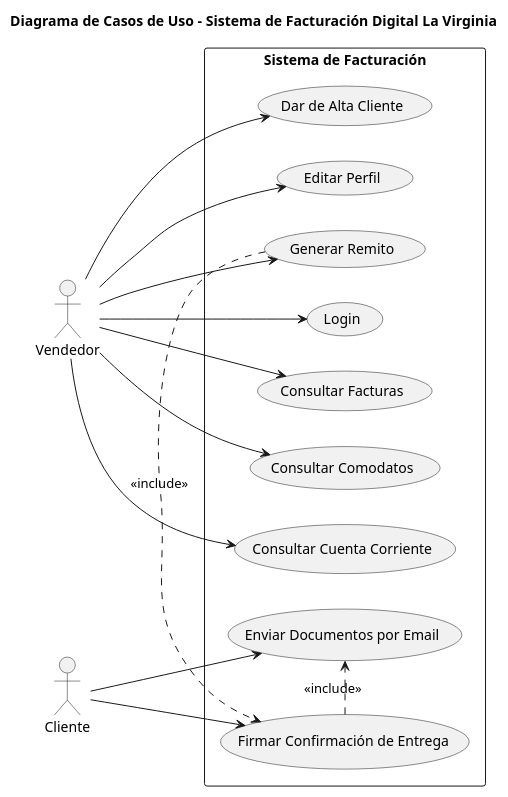
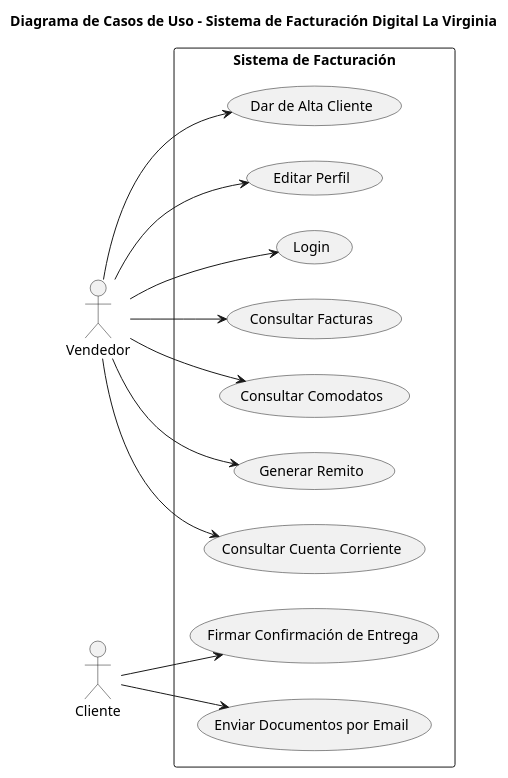
The diagram in diagramas/casos-de-uso.puml (35584674-source/Proyecto_lv_dw), drawn with PlantUML before and after one commit.

Commit message:
Quito relaciones include incorrectas del diagrama de casos de uso

```diff
--- a/diagramas/casos-de-uso.puml
+++ b/diagramas/casos-de-uso.puml
@@ -1,38 +1,37 @@
 @startuml
 title Diagrama de Casos de Uso - Sistema de Facturación Digital La Virginia
 
 left to right direction
 
 ' --- Actores ---
 actor "Vendedor" as A1
 actor "Cliente" as A2
 
 ' --- Sistema ---
 rectangle "Sistema de Facturación" {
   usecase "Login" as UC1
   usecase "Consultar Facturas" as UC2
   usecase "Consultar Comodatos" as UC3
   usecase "Generar Remito" as UC4
   usecase "Firmar Confirmación de Entrega" as UC5
   usecase "Consultar Cuenta Corriente" as UC6
   usecase "Dar de Alta Cliente" as UC7
   usecase "Editar Perfil" as UC8
   usecase "Enviar Documentos por Email" as UC9
 }
 
 ' --- Relaciones actor-caso de uso ---
 A1 --> UC1
 A1 --> UC2
 A1 --> UC3
 A1 --> UC4
 A1 --> UC6
 A1 --> UC7
 A1 --> UC8
 A2 --> UC5
 A2 --> UC9
 
 ' --- Relaciones entre casos de uso ---
-UC4 .> UC5 : <<include>>
-UC5 .> UC9 : <<include>>
+
 
 @enduml
```
